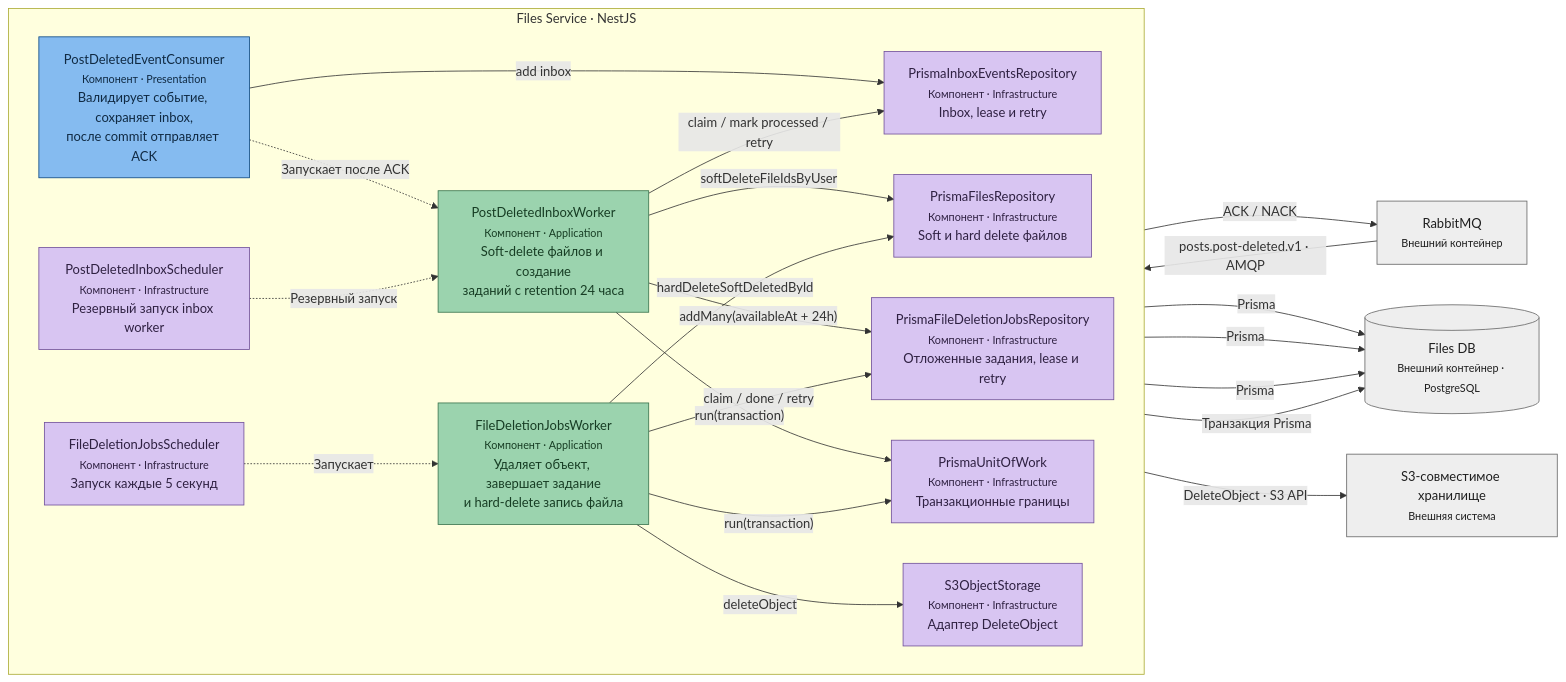
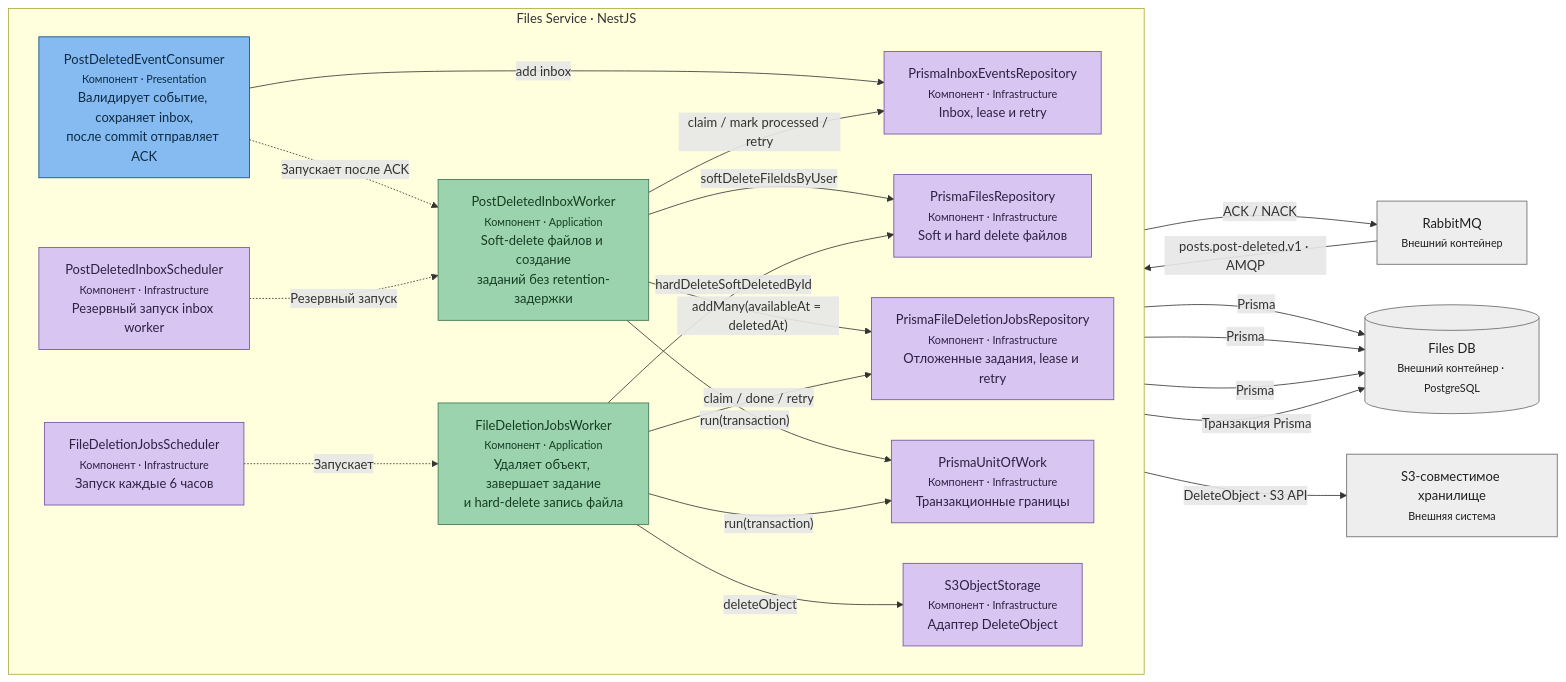
The diagram in docs/post-deletion/architecture/c4/component/files-service-post-deletion.md (Inctargam/remarkgram-backend), drawn with Mermaid before and after one commit. The commit also changed other lines of this file and 28 other files, not shown here.

````diff
--- a/docs/post-deletion/architecture/c4/component/files-service-post-deletion.md
+++ b/docs/post-deletion/architecture/c4/component/files-service-post-deletion.md
@@ -7,50 +7,50 @@
 ```mermaid
 flowchart LR
     Broker["RabbitMQ<br/><small>Внешний контейнер</small>"]
     FilesDB[("Files DB<br/><small>Внешний контейнер · PostgreSQL</small>")]
     Storage["S3-совместимое хранилище<br/><small>Внешняя система</small>"]
 
     subgraph Files["Files Service · NestJS"]
         direction LR
         Consumer["PostDeletedEventConsumer<br/><small>Компонент · Presentation</small><br/>Валидирует событие, сохраняет inbox,<br/>после commit отправляет ACK"]
-        InboxWorker["PostDeletedInboxWorker<br/><small>Компонент · Application</small><br/>Soft-delete файлов и создание<br/>заданий с retention 24 часа"]
+        InboxWorker["PostDeletedInboxWorker<br/><small>Компонент · Application</small><br/>Soft-delete файлов и создание<br/>заданий без retention-задержки"]
         InboxScheduler["PostDeletedInboxScheduler<br/><small>Компонент · Infrastructure</small><br/>Резервный запуск inbox worker"]
         DeletionWorker["FileDeletionJobsWorker<br/><small>Компонент · Application</small><br/>Удаляет объект, завершает задание<br/>и hard-delete запись файла"]
-        DeletionScheduler["FileDeletionJobsScheduler<br/><small>Компонент · Infrastructure</small><br/>Запуск каждые 5 секунд"]
+        DeletionScheduler["FileDeletionJobsScheduler<br/><small>Компонент · Infrastructure</small><br/>Запуск каждые 6 часов"]
         InboxRepo["PrismaInboxEventsRepository<br/><small>Компонент · Infrastructure</small><br/>Inbox, lease и retry"]
         FilesRepo["PrismaFilesRepository<br/><small>Компонент · Infrastructure</small><br/>Soft и hard delete файлов"]
         JobsRepo["PrismaFileDeletionJobsRepository<br/><small>Компонент · Infrastructure</small><br/>Отложенные задания, lease и retry"]
         UoW["PrismaUnitOfWork<br/><small>Компонент · Infrastructure</small><br/>Транзакционные границы"]
         S3Adapter["S3ObjectStorage<br/><small>Компонент · Infrastructure</small><br/>Адаптер DeleteObject"]
 
         Consumer -->|"add inbox"| InboxRepo
         Consumer -.->|"Запускает после ACK"| InboxWorker
         InboxScheduler -.->|"Резервный запуск"| InboxWorker
         InboxWorker -->|"claim / mark processed / retry"| InboxRepo
         InboxWorker -->|"softDeleteFileIdsByUser"| FilesRepo
-        InboxWorker -->|"addMany(availableAt + 24h)"| JobsRepo
+        InboxWorker -->|"addMany(availableAt = deletedAt)"| JobsRepo
         InboxWorker -->|"run(transaction)"| UoW
         DeletionScheduler -.->|"Запускает"| DeletionWorker
         DeletionWorker -->|"claim / done / retry"| JobsRepo
         DeletionWorker -->|"hardDeleteSoftDeletedById"| FilesRepo
         DeletionWorker -->|"deleteObject"| S3Adapter
         DeletionWorker -->|"run(transaction)"| UoW
     end
 
     Broker -->|"posts.post-deleted.v1 · AMQP"| Consumer
     Consumer -->|"ACK / NACK"| Broker
     InboxRepo -->|"Prisma"| FilesDB
     FilesRepo -->|"Prisma"| FilesDB
     JobsRepo -->|"Prisma"| FilesDB
     UoW -->|"Транзакция Prisma"| FilesDB
     S3Adapter -->|"DeleteObject · S3 API"| Storage
 
     classDef external fill:#eeeeee,stroke:#666666,color:#1f1f1f
     classDef presentation fill:#85bbf0,stroke:#0b4884,color:#102a43
     classDef application fill:#9bd3ae,stroke:#39734d,color:#173d24
     classDef infrastructure fill:#d8c5f2,stroke:#70509a,color:#2f2142
     class Broker,FilesDB,Storage external
     class Consumer presentation
     class InboxWorker,DeletionWorker application
     class InboxScheduler,DeletionScheduler,InboxRepo,FilesRepo,JobsRepo,UoW,S3Adapter infrastructure
 ```
````
